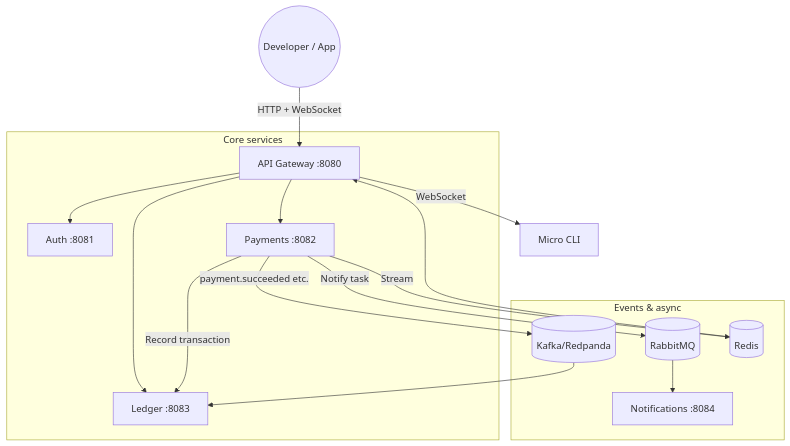
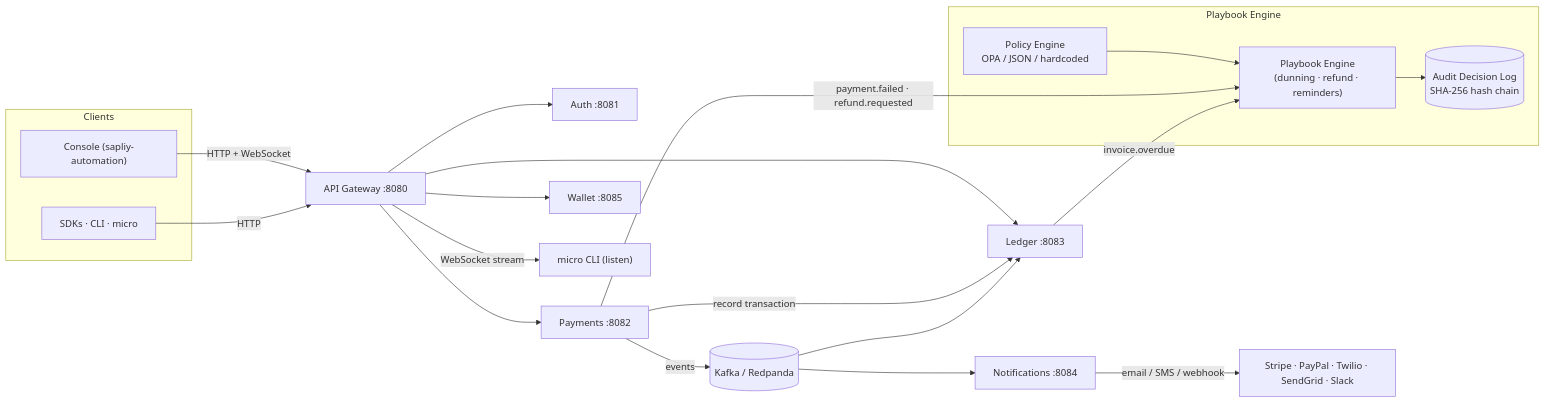
The diagram in README.md (marwan562/fintech-ecosystem), drawn with Mermaid before and after one commit. The commit also changed other lines of this file and 109 other files, not shown here.

First line of the commit message:
feat: add playbook engine, tenant model, and helm charts; rebrand to sapliy

````diff
--- a/README.md
+++ b/README.md
@@ -27,22 +141,33 @@
 ```mermaid
-graph TD
-    User((Developer / App)) -->|HTTP + WebSocket| Gateway[API Gateway :8080]
-
-    subgraph "Core services"
-        Gateway --> Auth[Auth :8081]
-        Gateway --> Payments[Payments :8082]
-        Gateway --> Ledger[Ledger :8083]
-        Payments -->|Record transaction| Ledger
+flowchart LR
+    subgraph Clients["Clients"]
+        Console["Console (sapliy-automation)"]
+        SDK["SDKs · CLI · micro"]
     end
 
-    subgraph "Events & async"
-        Payments -->|payment.succeeded etc.| Kafka[(Kafka/Redpanda)]
-        Kafka --> Ledger
-        Payments -->|Notify task| RabbitMQ[(RabbitMQ)]
-        RabbitMQ --> Notifications[Notifications :8084]
-        Payments -->|Stream| Redis[(Redis)]
-        Redis --> Gateway
+    Console -->|HTTP + WebSocket| GW["API Gateway :8080"]
+    SDK -->|HTTP| GW
+
+    GW --> Auth["Auth :8081"]
+    GW --> Pay["Payments :8082"]
+    GW --> Led["Ledger :8083"]
+    GW --> Wlt["Wallet :8085"]
+
+    Pay -->|"record transaction"| Led
+
+    subgraph PB["Playbook Engine"]
+        Engine["Playbook Engine<br/>(dunning · refund · reminders)"]
+        Pol["Policy Engine<br/>OPA / JSON / hardcoded"] --> Engine
+        Engine --> ADL[("Audit Decision Log<br/>SHA-256 hash chain")]
     end
 
-    Gateway -->|WebSocket| CLI[Micro CLI]
+    Pay -->|"payment.failed · refund.requested"| Engine
+    Led -->|"invoice.overdue"| Engine
+
+    Pay -->|events| K[("Kafka / Redpanda")]
+    K --> Notif["Notifications :8084"]
+    K --> Led
+    Notif -->|"email / SMS / webhook"| Providers["Stripe · PayPal · Twilio · SendGrid · Slack"]
+
+    GW -->|WebSocket stream| Cli["micro CLI (listen)"]
 ```
````
